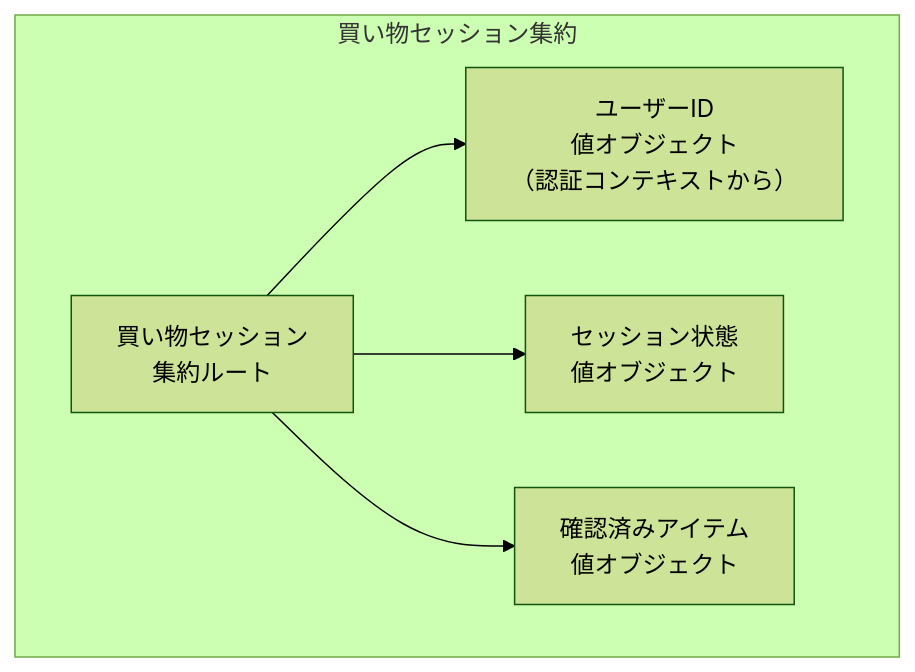
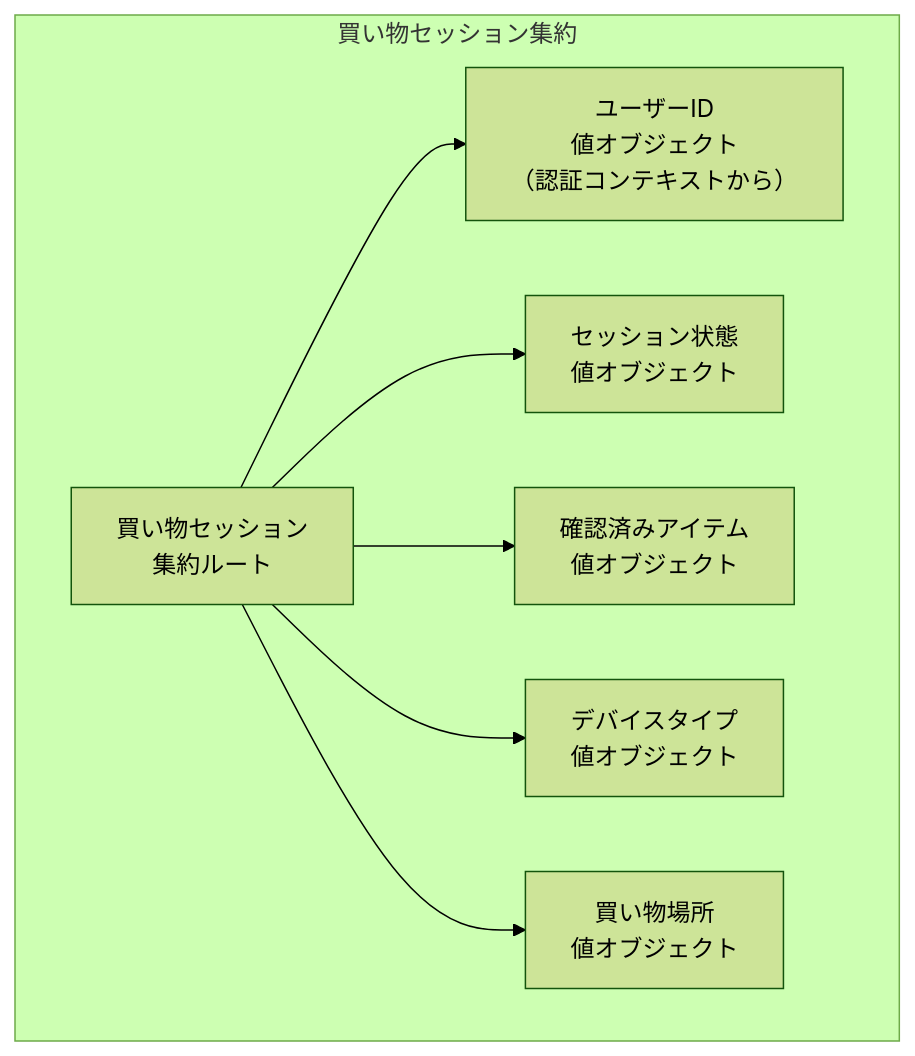
One commit to komei0727/all_in_one changed the second of 3 diagrams in docs/domain/contexts/ingredient-management/aggregates.md. Above: the diagram before and after it, drawn with Mermaid (forest theme). The commit also changed other lines of this file and 176 other files, not shown here.

````diff
--- a/docs/domain/contexts/ingredient-management/aggregates.md
+++ b/docs/domain/contexts/ingredient-management/aggregates.md
@@ -121,13 +121,17 @@
 ```mermaid
 graph TD
     subgraph "買い物セッション集約"
         ShoppingSession[買い物セッション<br/>集約ルート]
         CheckedItem[確認済みアイテム<br/>値オブジェクト]
         SessionStatus[セッション状態<br/>値オブジェクト]
         UserId[ユーザーID<br/>値オブジェクト<br/>（認証コンテキストから）]
+        DeviceType[デバイスタイプ<br/>値オブジェクト]
+        ShoppingLocation[買い物場所<br/>値オブジェクト]
 
         ShoppingSession --> UserId
         ShoppingSession --> SessionStatus
         ShoppingSession --> CheckedItem
+        ShoppingSession --> DeviceType
+        ShoppingSession --> ShoppingLocation
     end
 ```
````
